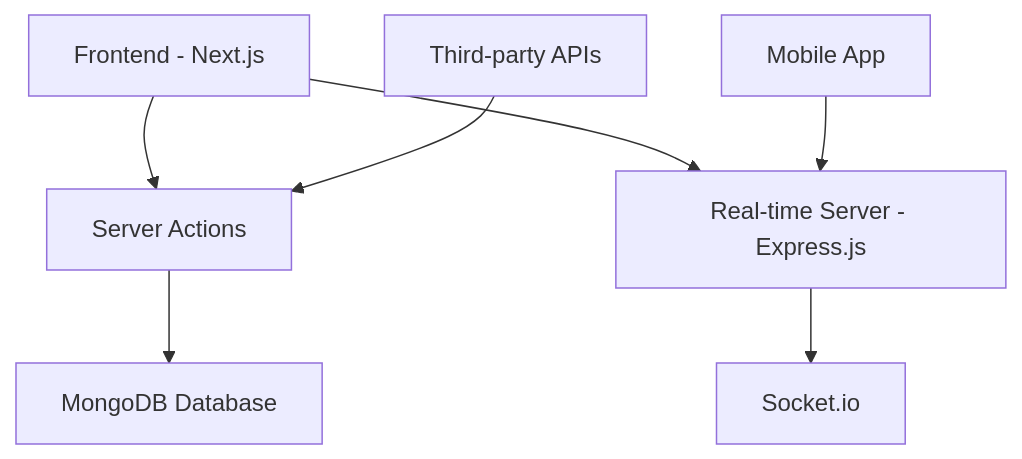
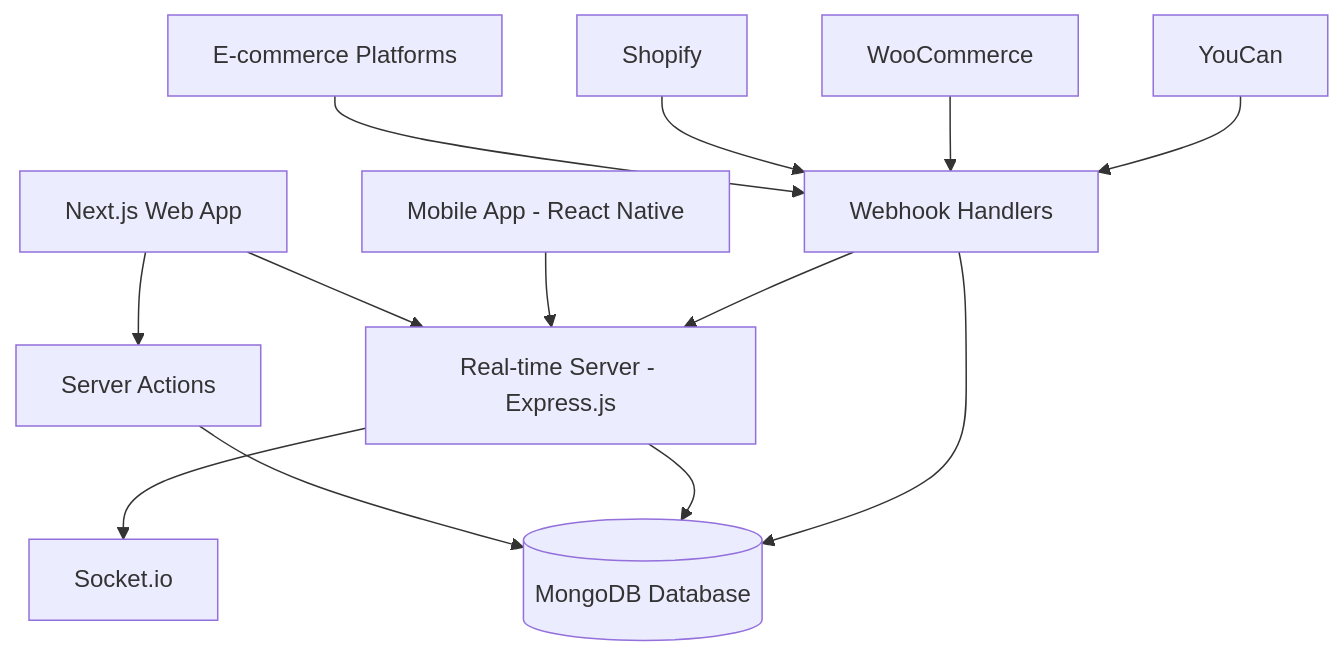
One commit to tidilihatim/avolship changed the diagram in README.md. Above: the diagram before and after it, drawn with Mermaid. The commit also changed other lines of this file, not shown here.

````diff
--- a/README.md
+++ b/README.md
@@ -68,9 +70,15 @@
 ```mermaid
 graph TD
-    A[Frontend - Next.js] --> B[Server Actions]
-    B --> C[MongoDB Database]
+    A[Next.js Web App] --> B[Server Actions]
+    B --> C[(MongoDB Database)]
     A --> D[Real-time Server - Express.js]
     D --> E[Socket.io]
-    F[Mobile App] --> D
-    G[Third-party APIs] --> B
+    D --> C
+    F[Mobile App - React Native] --> D
+    G[E-commerce Platforms] --> H[Webhook Handlers]
+    H --> D
+    H --> C
+    I[Shopify] --> H
+    J[WooCommerce] --> H
+    K[YouCan] --> H
 ```
````
